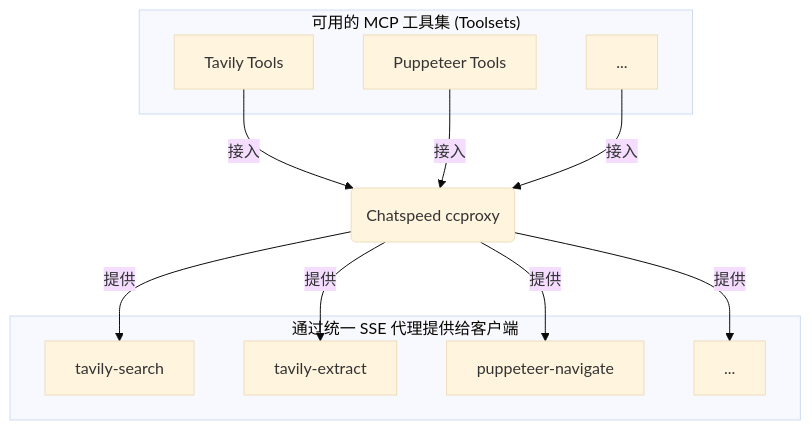
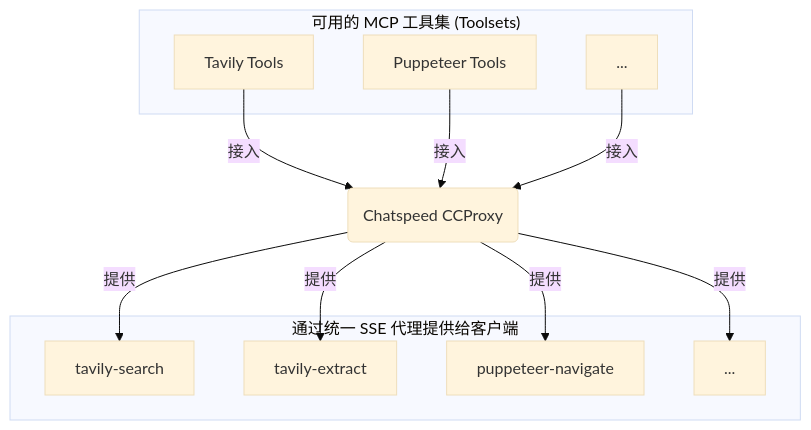
Before and after one commit to aidyou/chatspeed-docs: the diagram in docs/zh/mcp/README.md, drawn with Mermaid (base theme). The commit also changed other lines of this file and 36 other files, not shown here.

````diff
--- a/docs/zh/mcp/README.md
+++ b/docs/zh/mcp/README.md
@@ -28,26 +28,26 @@
 ```mermaid
 graph TD
     subgraph "可用的 MCP 工具集 (Toolsets)"
         A[Tavily Tools]
         B[Puppeteer Tools]
         C[...]
     end
 
-    P(Chatspeed ccproxy)
+    P(Chatspeed CCProxy)
 
     subgraph "通过统一 SSE 代理提供给客户端"
         D[tavily-search]
         E[tavily-extract]
         F[puppeteer-navigate]
         G[...]
     end
 
     A -- "接入" --> P
     B -- "接入" --> P
     C -- "接入" --> P
 
     P -- "提供" --> D
     P -- "提供" --> E
     P -- "提供" --> F
     P -- "提供" --> G
 ```
````
